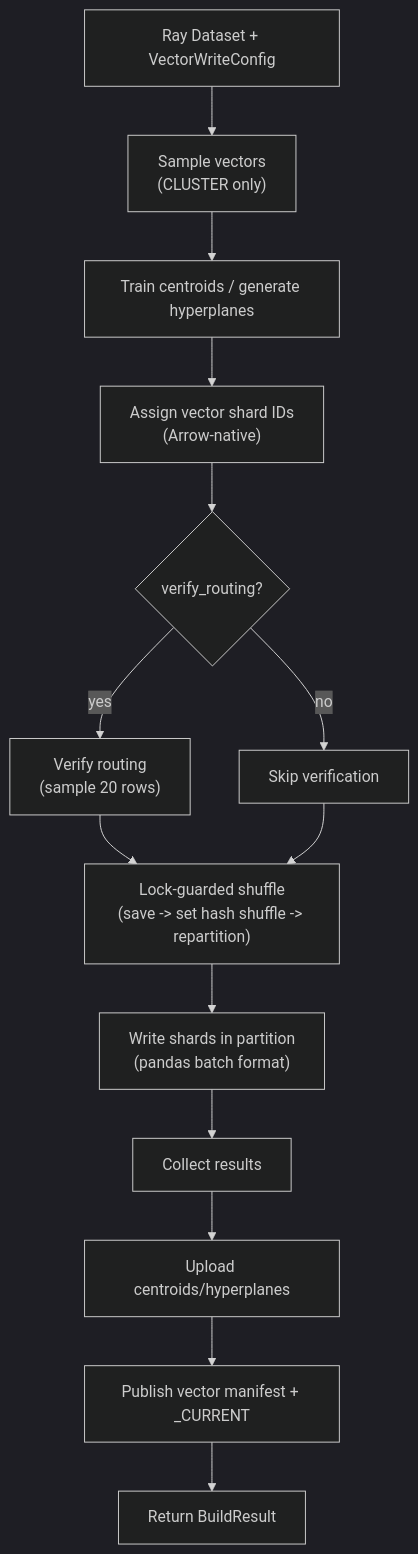
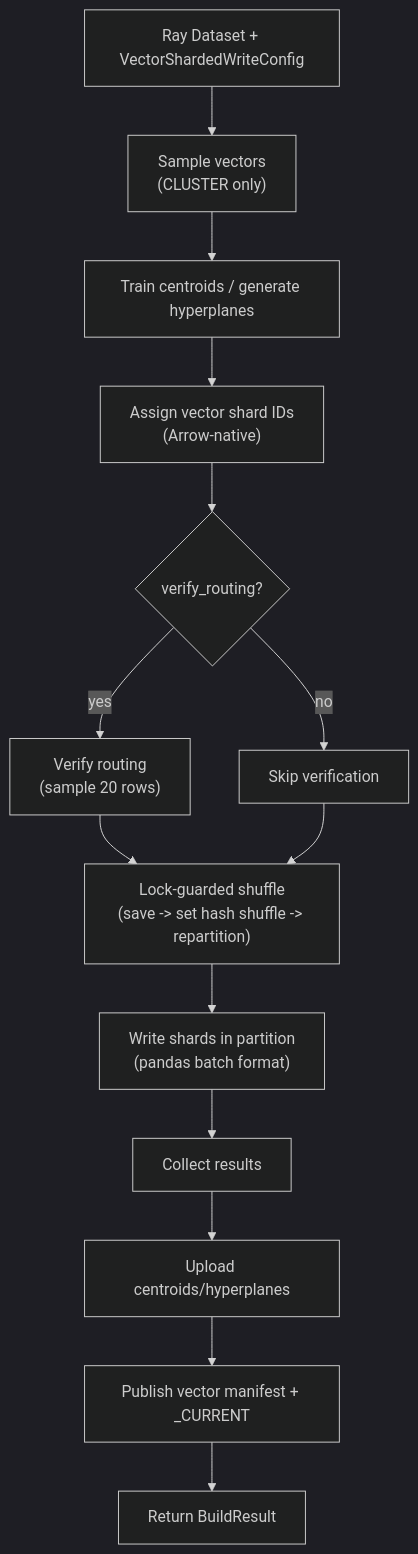
One commit to elkin/shardyfusion changed the diagram in docs/use-cases/vector/build/ray.md. Above: the diagram before and after it, drawn with Mermaid (dark theme). The commit also changed other lines of this file and 27 other files, not shown here.

````diff
--- a/docs/use-cases/vector/build/ray.md
+++ b/docs/use-cases/vector/build/ray.md
@@ -114,16 +123,16 @@
 ```mermaid
 flowchart TD
-    A[Ray Dataset + VectorWriteConfig] --> B["Sample vectors<br/>(CLUSTER only)"]
+    A[Ray Dataset + VectorShardedWriteConfig] --> B["Sample vectors<br/>(CLUSTER only)"]
     B --> C["Train centroids / generate hyperplanes"]
     C --> D["Assign vector shard IDs<br/>(Arrow-native)"]
     D --> E{"verify_routing?"}
     E -->|yes| F["Verify routing<br/>(sample 20 rows)"]
     E -->|no| G[Skip verification]
     F --> H["Lock-guarded shuffle<br/>(save -> set hash shuffle -> repartition)"]
     G --> H
     H --> I["Write shards in partition<br/>(pandas batch format)"]
     I --> J["Collect results"]
     J --> K["Upload centroids/hyperplanes"]
     K --> L["Publish vector manifest + _CURRENT"]
     L --> M[Return BuildResult]
 ```
````
